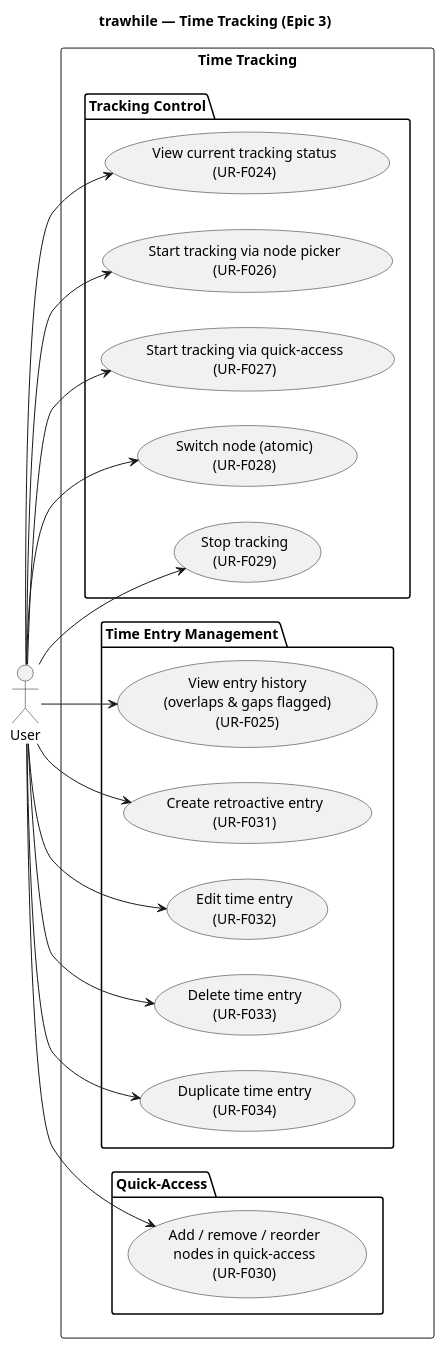
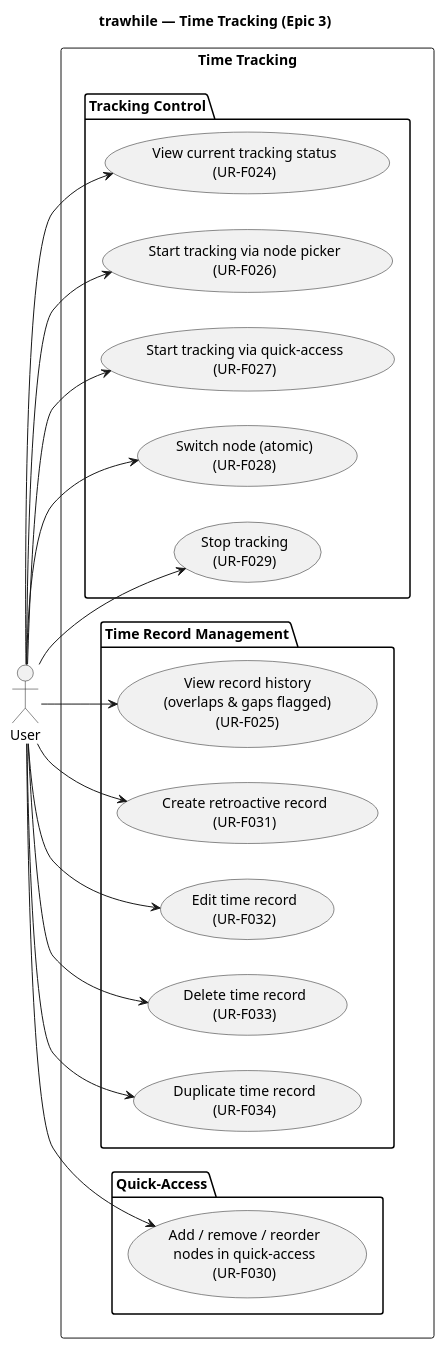
Before and after one commit to uCore7/trawhile: the diagram in docs/uml/use-cases-tracking.puml, drawn with PlantUML. The commit also changed 59 other files, not shown here.

```diff
--- a/docs/uml/use-cases-tracking.puml
+++ b/docs/uml/use-cases-tracking.puml
@@ -1,40 +1,40 @@
 @startuml use-cases-tracking
 title trawhile — Time Tracking (Epic 3)
 
 left to right direction
 
 actor "User" as User
 
 rectangle "Time Tracking" {
     package "Tracking Control" {
         usecase "View current tracking status\n(UR-F024)" as UC_TrackStatus
         usecase "Start tracking via node picker\n(UR-F026)" as UC_StartPicker
         usecase "Start tracking via quick-access\n(UR-F027)" as UC_StartQuick
         usecase "Switch node (atomic)\n(UR-F028)" as UC_Switch
         usecase "Stop tracking\n(UR-F029)" as UC_Stop
     }
-    package "Time Entry Management" {
-        usecase "View entry history\n(overlaps & gaps flagged)\n(UR-F025)" as UC_History
-        usecase "Create retroactive entry\n(UR-F031)" as UC_CreateEntry
-        usecase "Edit time entry\n(UR-F032)" as UC_EditEntry
-        usecase "Delete time entry\n(UR-F033)" as UC_DeleteEntry
-        usecase "Duplicate time entry\n(UR-F034)" as UC_DuplicateEntry
+    package "Time Record Management" {
+        usecase "View record history\n(overlaps & gaps flagged)\n(UR-F025)" as UC_History
+        usecase "Create retroactive record\n(UR-F031)" as UC_CreateEntry
+        usecase "Edit time record\n(UR-F032)" as UC_EditEntry
+        usecase "Delete time record\n(UR-F033)" as UC_DeleteEntry
+        usecase "Duplicate time record\n(UR-F034)" as UC_DuplicateEntry
     }
     package "Quick-Access" {
         usecase "Add / remove / reorder\nnodes in quick-access\n(UR-F030)" as UC_QuickAccess
     }
 }
 
 User --> UC_TrackStatus
 User --> UC_StartPicker
 User --> UC_StartQuick
 User --> UC_Switch
 User --> UC_Stop
 User --> UC_History
 User --> UC_CreateEntry
 User --> UC_EditEntry
 User --> UC_DeleteEntry
 User --> UC_DuplicateEntry
 User --> UC_QuickAccess
 
 @enduml
```
